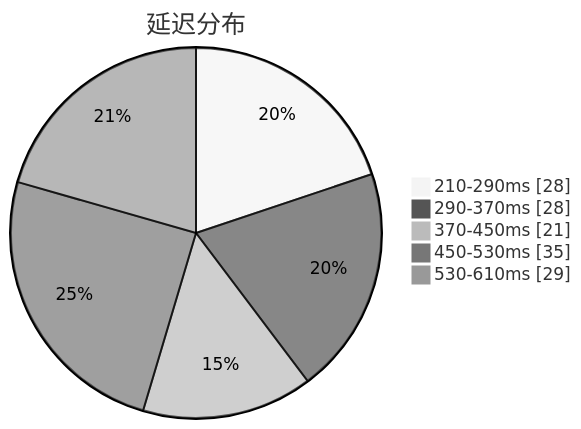
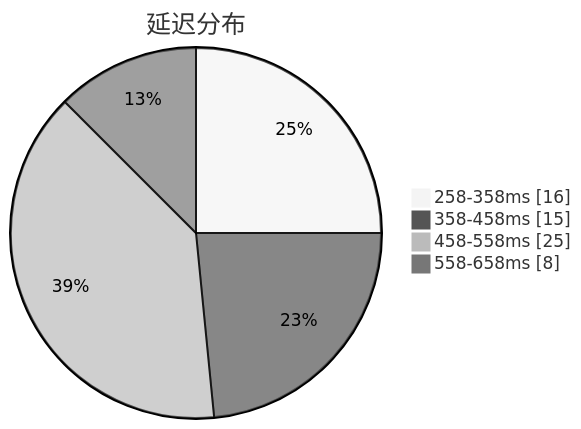
One commit to qjlxg/airport changed the first of 3 diagrams in subs/statistics/tested_within.md. Above: the diagram before and after it, drawn with Mermaid (neutral theme). The commit also changed other lines of this file and 2 other files, not shown here.

````diff
--- a/subs/statistics/tested_within.md
+++ b/subs/statistics/tested_within.md
@@ -2,9 +2,8 @@
 ```mermaid
 pie showData
 title 延迟分布
-"210-290ms" : 28
-"290-370ms" : 28
-"370-450ms" : 21
-"450-530ms" : 35
-"530-610ms" : 29
+"258-358ms" : 16
+"358-458ms" : 15
+"458-558ms" : 25
+"558-658ms" : 8
 ```
````
